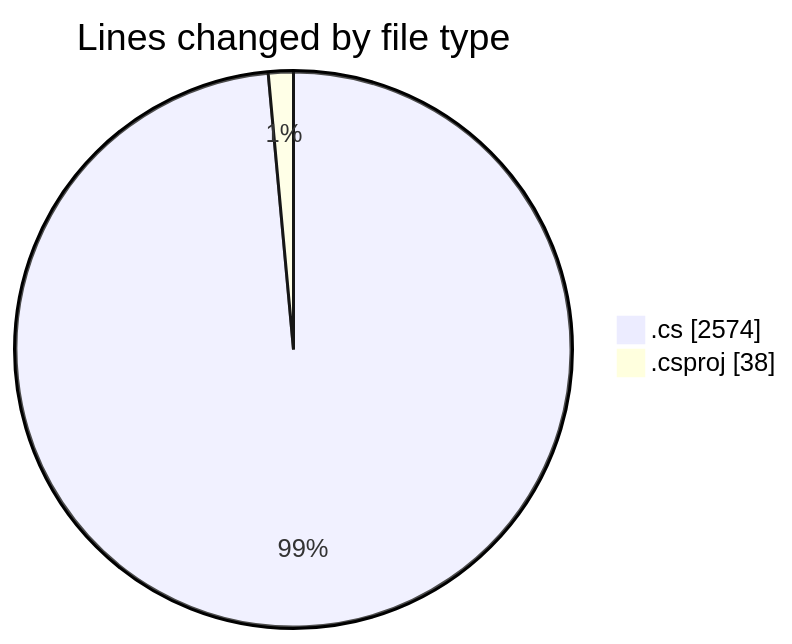
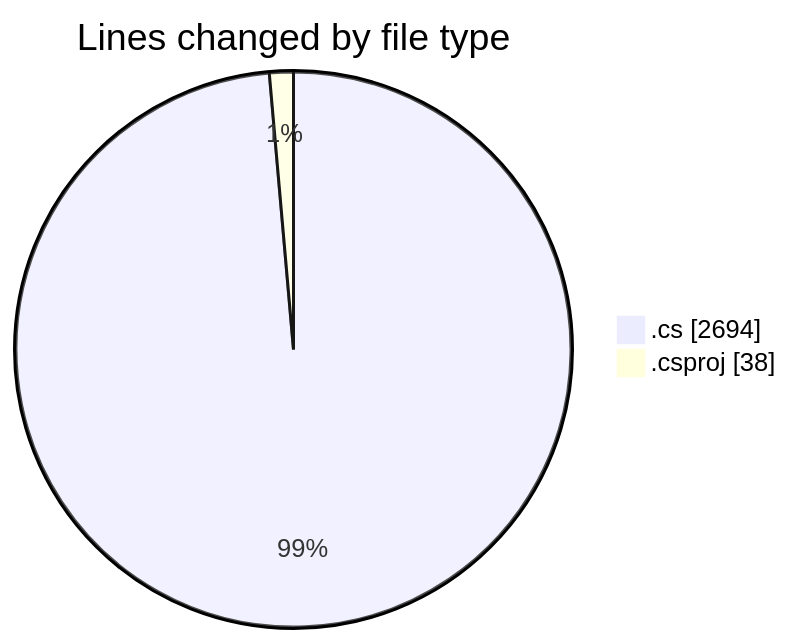
One commit to Netris89/code-tracking changed the first of 2 diagrams in 2025-04-02/back-end/README.md. Above: the diagram before and after it, drawn with Mermaid. The commit also changed other lines of this file and 1 other file, not shown here.

````diff
--- a/2025-04-02/back-end/README.md
+++ b/2025-04-02/back-end/README.md
@@ -31,6 +31,6 @@
 ```mermaid
 pie showData
 title Lines changed by file type
-".cs" : 2574
+".cs" : 2694
 ".csproj" : 38
 ```
````
